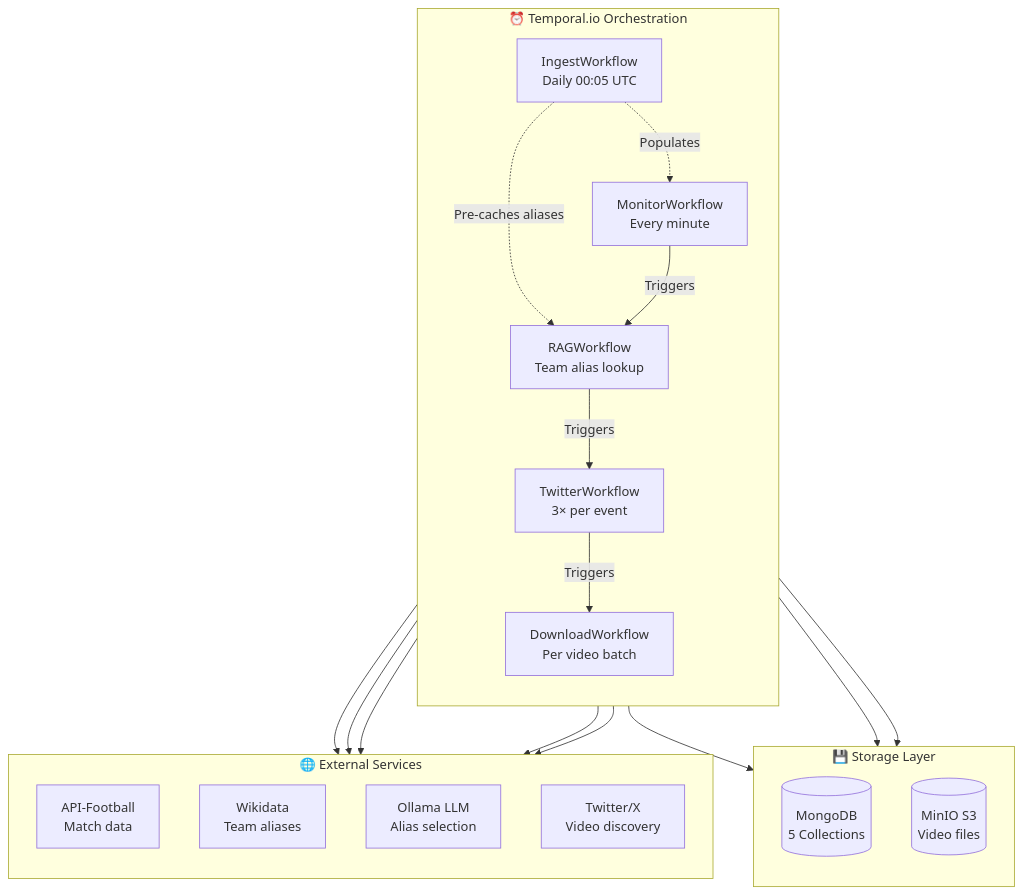
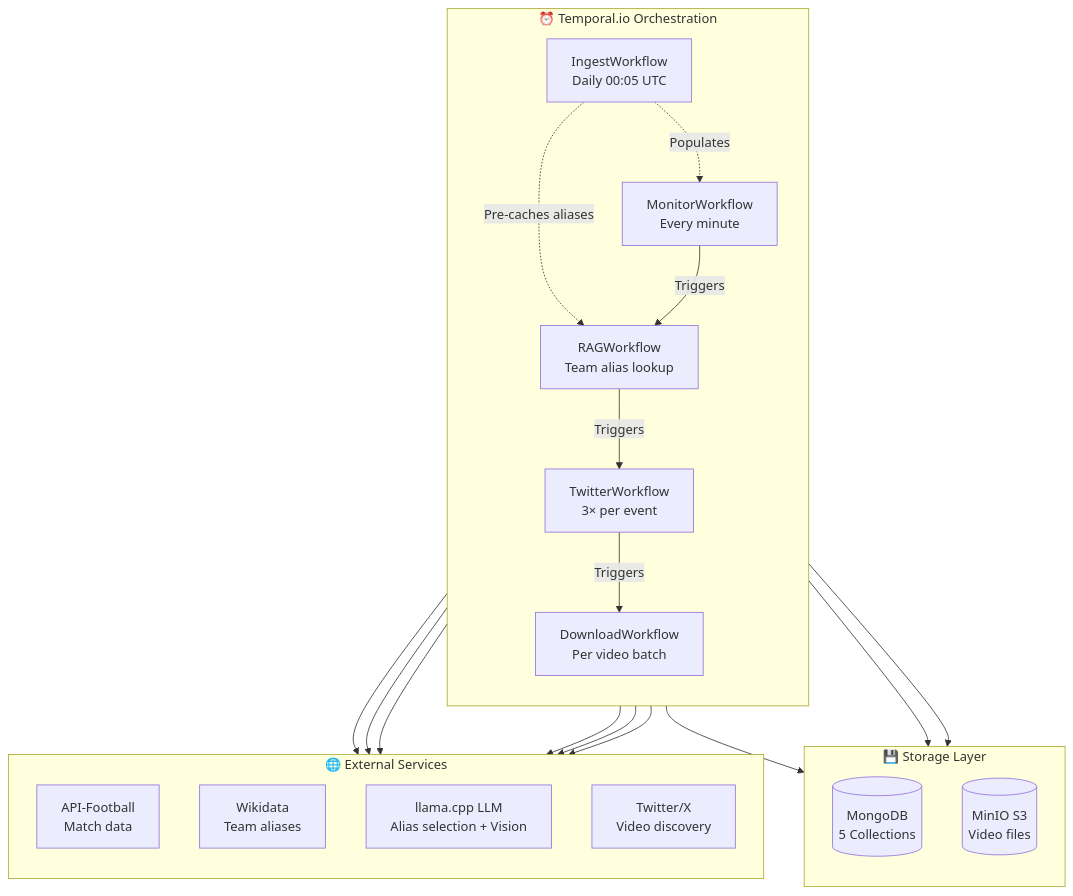
The second of 13 diagrams in README.md (vedantadhobley/found-footy), drawn with Mermaid before and after one commit. The commit also changed other lines of this file and 20 other files, not shown here.

````diff
--- a/README.md
+++ b/README.md
@@ -56,40 +56,41 @@
 ```mermaid
 flowchart TB
     subgraph TEMPORAL["⏰ Temporal.io Orchestration"]
         direction TB
         INGEST[IngestWorkflow<br/>Daily 00:05 UTC]
         MONITOR[MonitorWorkflow<br/>Every minute]
         RAGWF[RAGWorkflow<br/>Team alias lookup]
         TWITTERWF[TwitterWorkflow<br/>3× per event]
         DOWNLOADWF[DownloadWorkflow<br/>Per video batch]
         
         INGEST -.->|Pre-caches aliases| RAGWF
         INGEST -.->|Populates| MONITOR
         MONITOR -->|Triggers| RAGWF
         RAGWF -->|Triggers| TWITTERWF
         TWITTERWF -->|Triggers| DOWNLOADWF
     end
     
     subgraph STORAGE["💾 Storage Layer"]
         direction TB
         MONGO[(MongoDB<br/>5 Collections)]
         MINIO[(MinIO S3<br/>Video files)]
     end
     
     subgraph EXTERNAL["🌐 External Services"]
         direction TB
         APIFB[API-Football<br/>Match data]
         WIKIDATA[Wikidata<br/>Team aliases]
-        OLLAMA[Ollama LLM<br/>Alias selection]
+        LLM[llama.cpp LLM<br/>Alias selection + Vision]
         TWITTER[Twitter/X<br/>Video discovery]
     end
     
     INGEST --> APIFB
     MONITOR --> APIFB
     MONITOR --> MONGO
     RAGWF --> WIKIDATA
-    RAGWF --> OLLAMA
+    RAGWF --> LLM
     TWITTERWF --> TWITTER
+    DOWNLOADWF --> LLM
     DOWNLOADWF --> MINIO
     DOWNLOADWF --> MONGO
 ```
````
